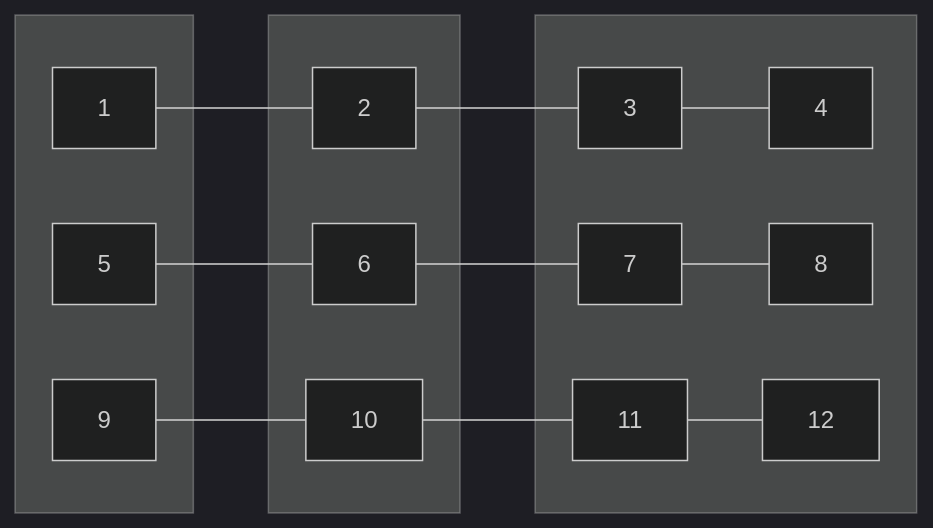
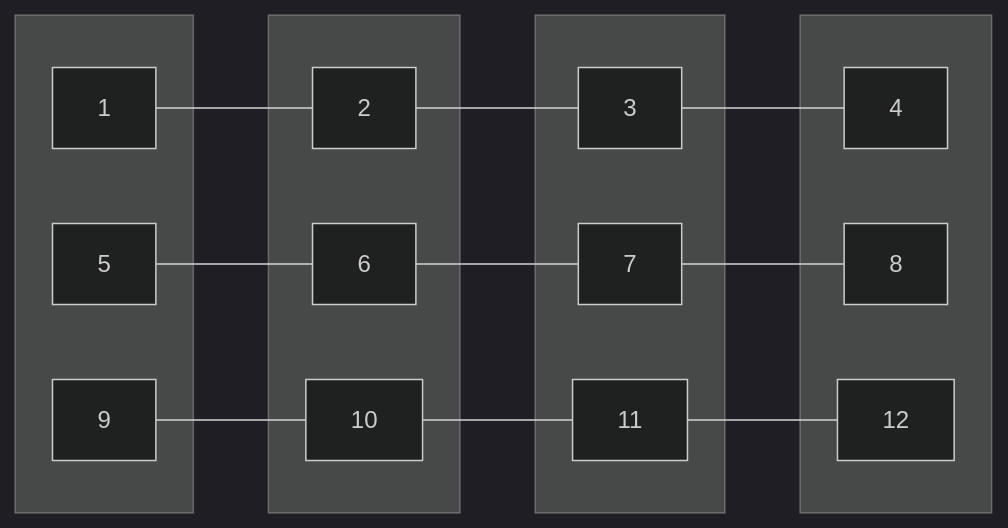
Before and after one commit to athena-tircgo/amr-lsj: the second of 2 diagrams in README.md, drawn with Mermaid (dark theme).

````diff
--- a/README.md
+++ b/README.md
@@ -50,35 +50,35 @@
 ```mermaid
 graph LR
     %% 第一欄
     subgraph col1[ ]
         A1[1]
         A2[5]
         A3[9]
     end
 
     %% 第二欄
     subgraph col2[ ]
         A4[2]
         A5[6]
         A6[10]
     end
 
     %% 第三欄
     subgraph col3[ ]
         A7[3]
         A8[7]
         A9[11]
     end
 
    %% 第四欄
-    subgraph col3[ ]
+    subgraph col4[ ]
         A10[4]
         A11[8]
         A12[12]
     end
 
     %% 橫向連線
     A1 --- A4 --- A7 --- A10
     A2 --- A5 --- A8 --- A11
     A3 --- A6 --- A9 --- A12
 ```
````
